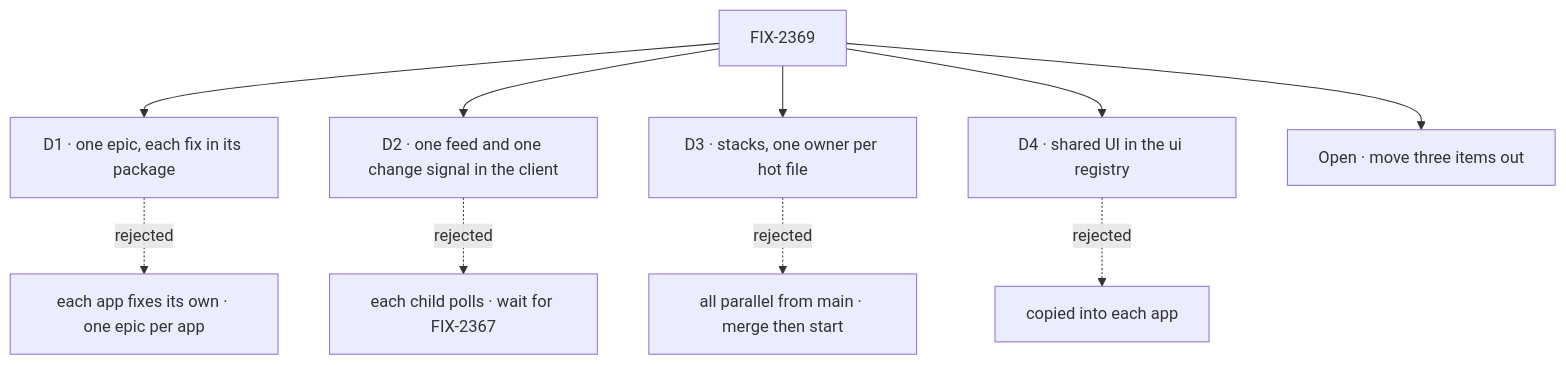
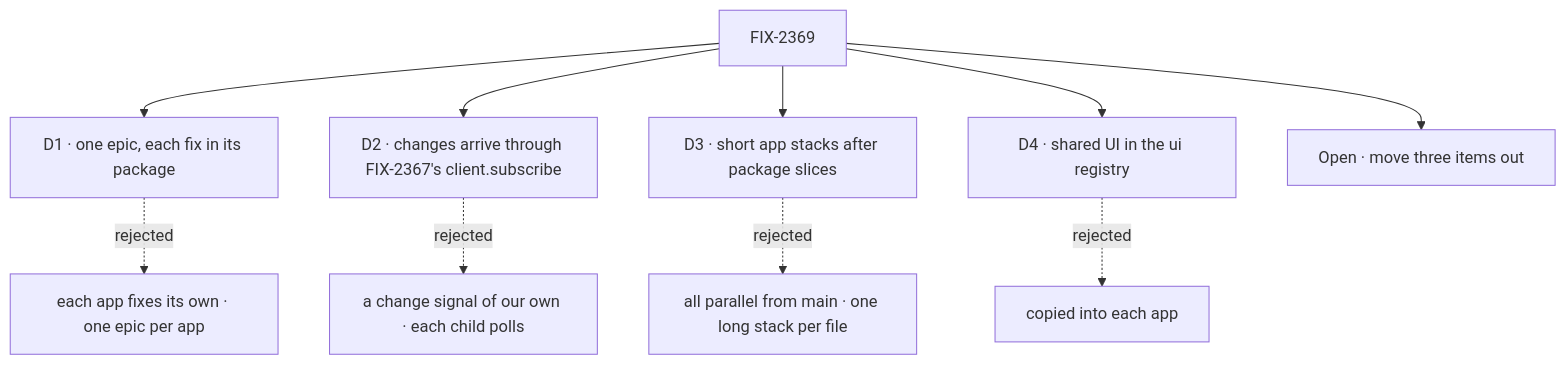
One commit to fixpoint-labs/flow-state-dev changed the diagram in specs/epics/FIX-2369/DECISIONS.md. Above: the diagram before and after it, drawn with Mermaid. The commit also changed other lines of this file and 5 other files, not shown here.

````diff
--- a/specs/epics/FIX-2369/DECISIONS.md
+++ b/specs/epics/FIX-2369/DECISIONS.md
@@ -11,12 +11,12 @@
 ```mermaid
 flowchart TD
   E["FIX-2369"] --> D1["D1 · one epic, each fix in its package"]
   D1 -.->|"rejected"| X1["each app fixes its own · one epic per app"]
-  E --> D2["D2 · one feed and one change signal in the client"]
-  D2 -.->|"rejected"| X2["each child polls · wait for FIX-2367"]
-  E --> D3["D3 · stacks, one owner per hot file"]
-  D3 -.->|"rejected"| X3["all parallel from main · merge then start"]
+  E --> D2["D2 · changes arrive through FIX-2367's client.subscribe"]
+  D2 -.->|"rejected"| X2["a change signal of our own · each child polls"]
+  E --> D3["D3 · short app stacks after package slices"]
+  D3 -.->|"rejected"| X3["all parallel from main · one long stack per file"]
   E --> D4["D4 · shared UI in the ui registry"]
   D4 -.->|"rejected"| X4["copied into each app"]
   E --> O["Open · move three items out"]
 ```
````
